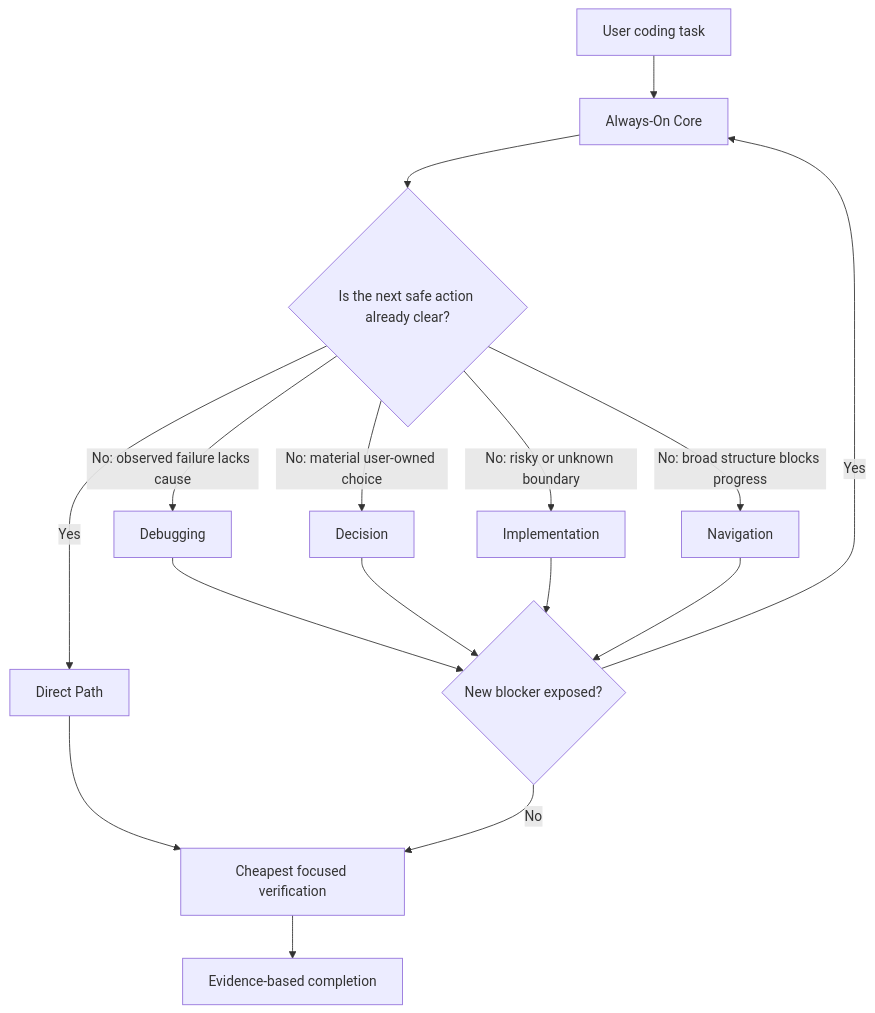
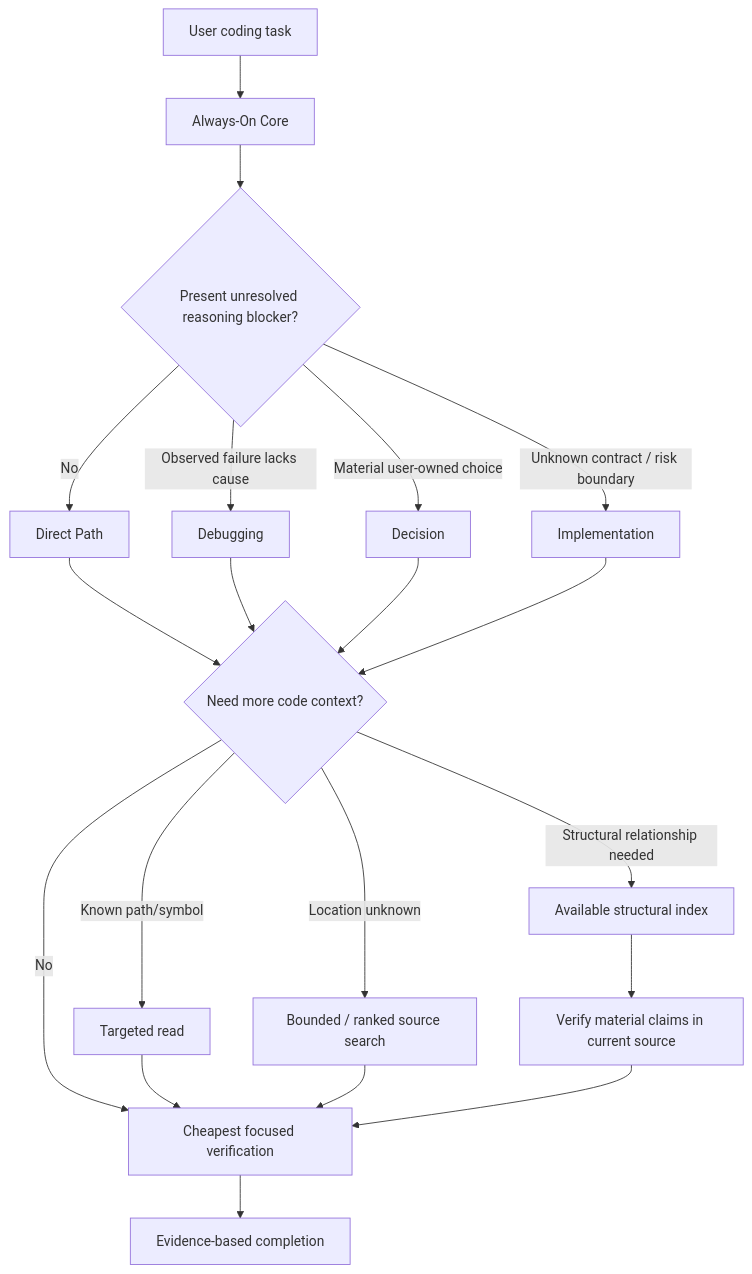
Before and after one commit to Hubujiu/practical-coding: the diagram in README.md, drawn with Mermaid. The commit also changed other lines of this file and 7 other files, not shown here.

````diff
--- a/README.md
+++ b/README.md
@@ -91,19 +48,25 @@
 ```mermaid
 flowchart TB
     T[User coding task] --> C[Always-On Core]
-    C --> Q{Is the next safe action already clear?}
-    Q -->|Yes| D[Direct Path]
-    Q -->|No: observed failure lacks cause| G[Debugging]
-    Q -->|No: material user-owned choice| A[Decision]
-    Q -->|No: risky or unknown boundary| I[Implementation]
-    Q -->|No: broad structure blocks progress| N[Navigation]
+    C --> E{Present unresolved reasoning blocker?}
+    E -->|No| D[Direct Path]
+    E -->|Observed failure lacks cause| G[Debugging]
+    E -->|Material user-owned choice| A[Decision]
+    E -->|Unknown contract / risk boundary| I[Implementation]
 
-    G --> R{New blocker exposed?}
+    D --> R{Need more code context?}
+    G --> R
     A --> R
     I --> R
-    N --> R
+
     R -->|No| V[Cheapest focused verification]
-    R -->|Yes| C
-    D --> V
+    R -->|Known path/symbol| K[Targeted read]
+    R -->|Location unknown| S[Bounded / ranked source search]
+    R -->|Structural relationship needed| X[Available structural index]
+
+    K --> V
+    S --> V
+    X --> Q[Verify material claims in current source]
+    Q --> V
     V --> O[Evidence-based completion]
 ```
````
